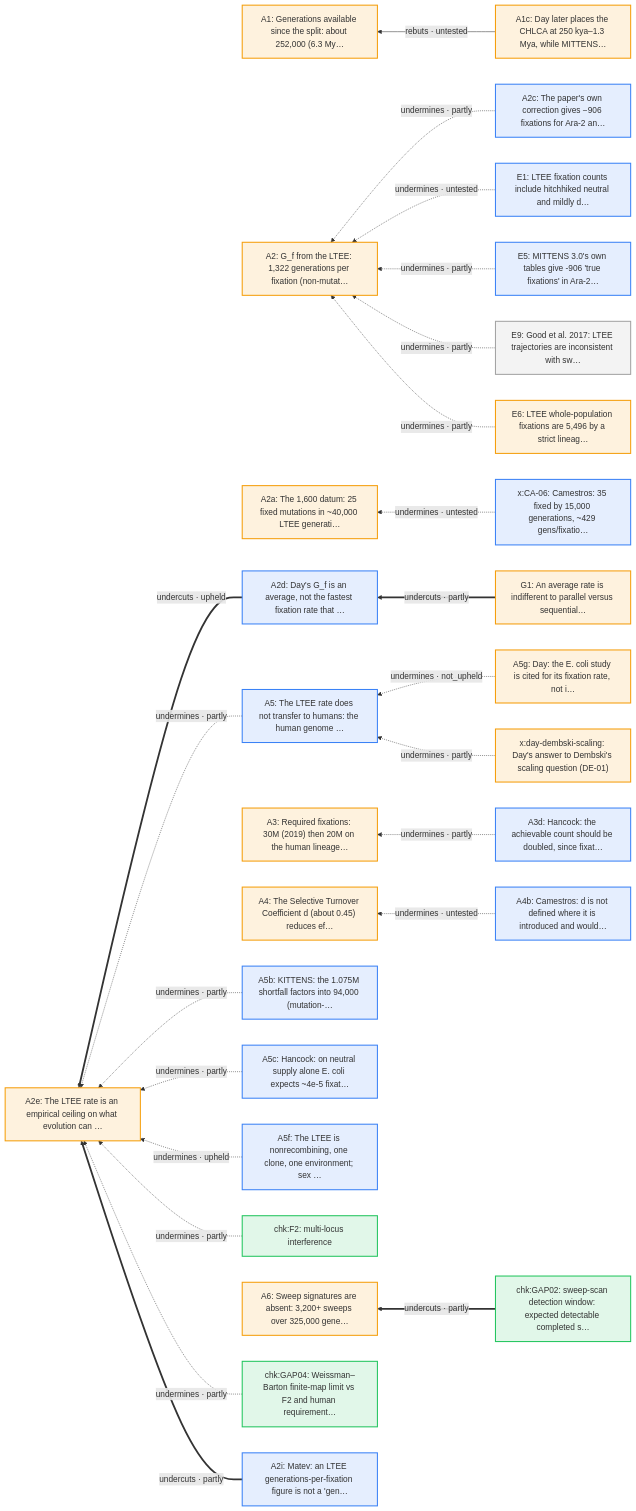
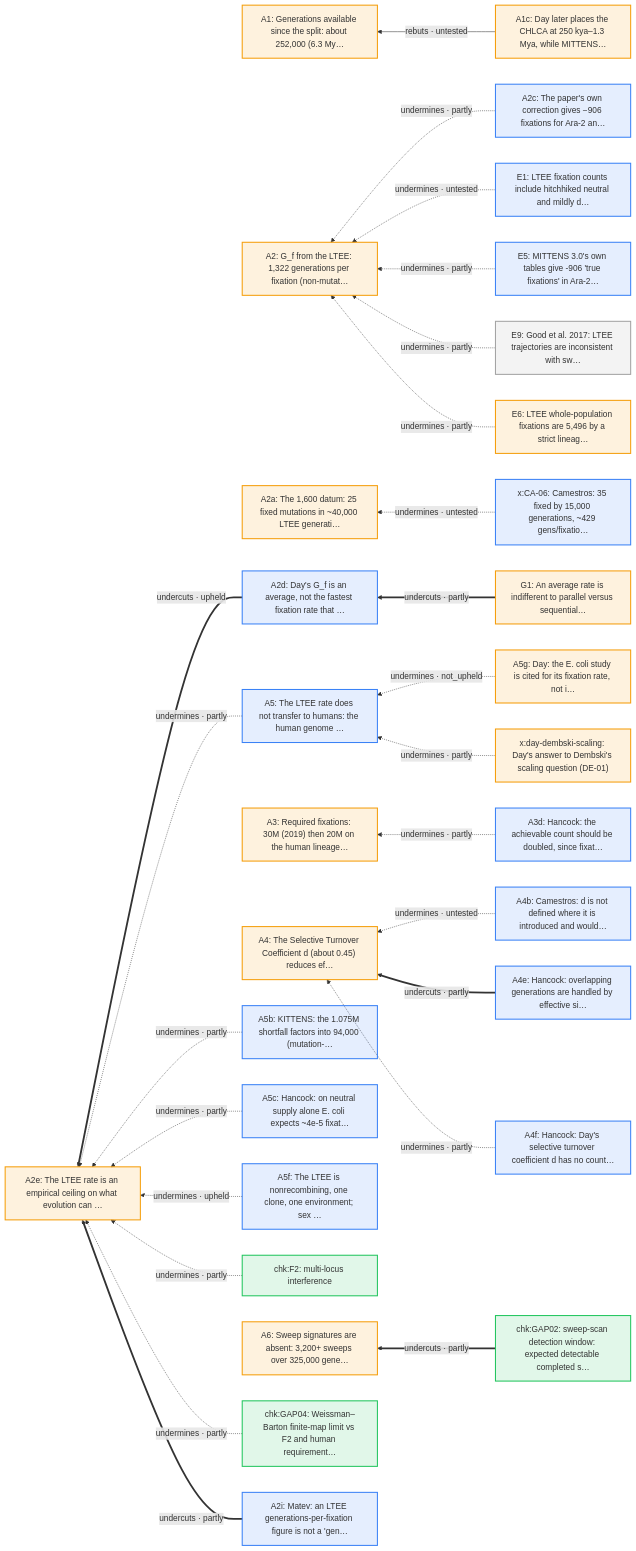
Before and after one commit to nickallevato/evo-sim: the first of 18 diagrams in docs/arguments/defeaters.md, drawn with Mermaid. The commit also changed other lines of this file and 93 other files, not shown here.

````diff
--- a/docs/arguments/defeaters.md
+++ b/docs/arguments/defeaters.md
@@ -15,57 +15,61 @@
 ```mermaid
 flowchart RL
   classDef day fill:#f59e0b22,stroke:#f59e0b,stroke-width:2px
   classDef ally fill:#d9770622,stroke:#d97706,stroke-width:2px
   classDef critic fill:#3b82f622,stroke:#3b82f6,stroke-width:2px
   classDef literature fill:#a3a3a322,stroke:#a3a3a3,stroke-width:2px
   classDef audit fill:#22c55e22,stroke:#22c55e,stroke-width:2px
   A1["A1: Generations available since the split: about 252,000 (6.3 My…"]:::day
   A1c["A1c: Day later places the CHLCA at 250 kya–1.3 Mya, while MITTENS…"]:::day
   A2["A2: G_f from the LTEE: 1,322 generations per fixation (non-mutat…"]:::day
   A2a["A2a: The 1,600 datum: 25 fixed mutations in ~40,000 LTEE generati…"]:::day
   A2c["A2c: The paper's own correction gives −906 fixations for Ara-2 an…"]:::critic
   A2d["A2d: Day's G_f is an average, not the fastest fixation rate that …"]:::critic
   A2e["A2e: The LTEE rate is an empirical ceiling on what evolution can …"]:::day
   A2i["A2i: Matev: an LTEE generations-per-fixation figure is not a 'gen…"]:::critic
   A3["A3: Required fixations: 30M (2019) then 20M on the human lineage…"]:::day
   A3d["A3d: Hancock: the achievable count should be doubled, since fixat…"]:::critic
   A4["A4: The Selective Turnover Coefficient d (about 0.45) reduces ef…"]:::day
   A4b["A4b: Camestros: d is not defined where it is introduced and would…"]:::critic
+  A4e["A4e: Hancock: overlapping generations are handled by effective si…"]:::critic
+  A4f["A4f: Hancock: Day's selective turnover coefficient d has no count…"]:::critic
   A5["A5: The LTEE rate does not transfer to humans: the human genome …"]:::critic
   A5b["A5b: KITTENS: the 1.075M shortfall factors into 94,000 (mutation-…"]:::critic
   A5c["A5c: Hancock: on neutral supply alone E. coli expects ~4e-5 fixat…"]:::critic
   A5f["A5f: The LTEE is nonrecombining, one clone, one environment; sex …"]:::critic
   A5g["A5g: Day: the E. coli study is cited for its fixation rate, not i…"]:::day
   A6["A6: Sweep signatures are absent: 3,200+ sweeps over 325,000 gene…"]:::day
   E1["E1: LTEE fixation counts include hitchhiked neutral and mildly d…"]:::critic
   E5["E5: MITTENS 3.0's own tables give -906 'true fixations' in Ara-2…"]:::critic
   E6["E6: LTEE whole-population fixations are 5,496 by a strict lineag…"]:::day
   E9["E9: Good et al. 2017: LTEE trajectories are inconsistent with sw…"]:::literature
   G1["G1: An average rate is indifferent to parallel versus sequential…"]:::day
   chk_F2["chk:F2: multi-locus interference"]:::audit
   chk_GAP02["chk:GAP02: sweep-scan detection window: expected detectable completed s…"]:::audit
   chk_GAP04["chk:GAP04: Weissman–Barton finite-map limit vs F2 and human requirement…"]:::audit
   x_CA_06["x:CA-06: Camestros: 35 fixed by 15,000 generations, ~429 gens/fixatio…"]:::critic
   x_day_dembski_scaling["x:day-dembski-scaling: Day's answer to Dembski's scaling question (DE-01)"]:::day
   A1c -->|"rebuts · untested"| A1
   A2c -.->|"undermines · partly"| A2
   E1 -.->|"undermines · untested"| A2
   E5 -.->|"undermines · partly"| A2
   E9 -.->|"undermines · partly"| A2
   E6 -.->|"undermines · partly"| A2
   A2d ==>|"undercuts · upheld"| A2e
   A5 -.->|"undermines · partly"| A2e
   A5b -.->|"undermines · partly"| A2e
   A5c -.->|"undermines · partly"| A2e
   A5f -.->|"undermines · upheld"| A2e
   chk_F2 -.->|"undermines · partly"| A2e
   chk_GAP04 -.->|"undermines · partly"| A2e
   A2i ==>|"undercuts · partly"| A2e
   A3d -.->|"undermines · partly"| A3
   A4b -.->|"undermines · untested"| A4
+  A4e ==>|"undercuts · partly"| A4
+  A4f -.->|"undermines · partly"| A4
   chk_GAP02 ==>|"undercuts · partly"| A6
   x_CA_06 -.->|"undermines · untested"| A2a
   G1 ==>|"undercuts · partly"| A2d
   A5g -.->|"undermines · not_upheld"| A5
   x_day_dembski_scaling -.->|"undermines · partly"| A5
 ```
````
